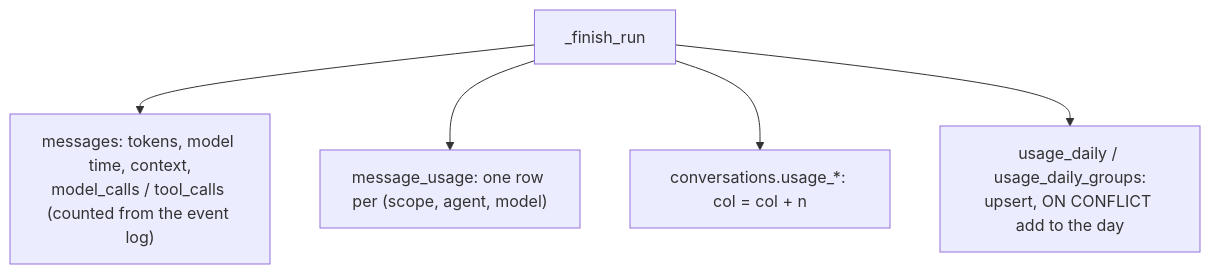
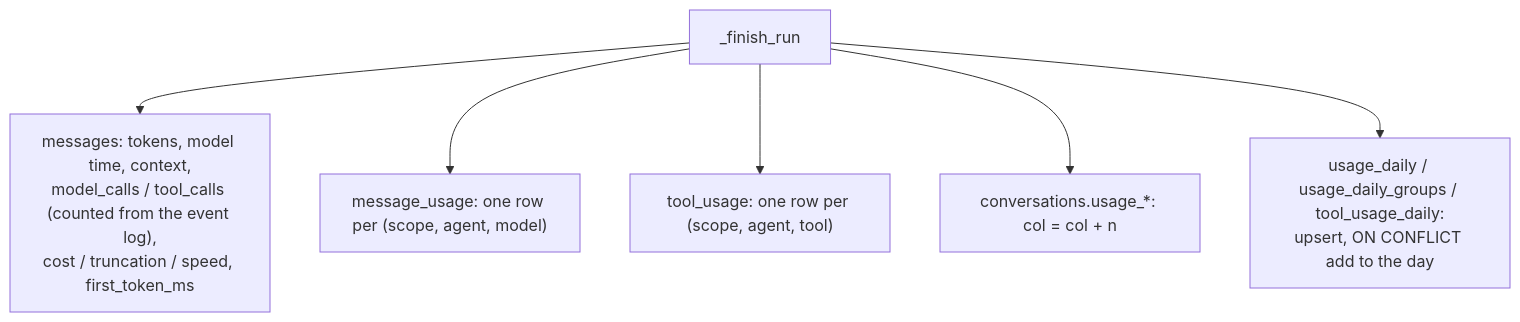
Before and after one commit to konstantinosmpouros/mAgenticX: the third of 3 diagrams in docs/flows/usage-analytics.md, drawn with Mermaid. The commit also changed other lines of this file and 74 other files, not shown here.

````diff
--- a/docs/flows/usage-analytics.md
+++ b/docs/flows/usage-analytics.md
@@ -99,7 +162,8 @@
 ```mermaid
 flowchart TD
-    F["_finish_run"] --> M["messages: tokens, model time, context,<br/>model_calls / tool_calls (counted from the event log)"]
+    F["_finish_run"] --> M["messages: tokens, model time, context,<br/>model_calls / tool_calls (counted from the event log),<br/>cost / truncation / speed, first_token_ms"]
     F --> U["message_usage: one row per (scope, agent, model)"]
+    F --> T["tool_usage: one row per (scope, agent, tool)"]
     F --> C["conversations.usage_*: col = col + n"]
-    F --> D["usage_daily / usage_daily_groups:<br/>upsert, ON CONFLICT add to the day"]
+    F --> D["usage_daily / usage_daily_groups / tool_usage_daily:<br/>upsert, ON CONFLICT add to the day"]
 ```
````
